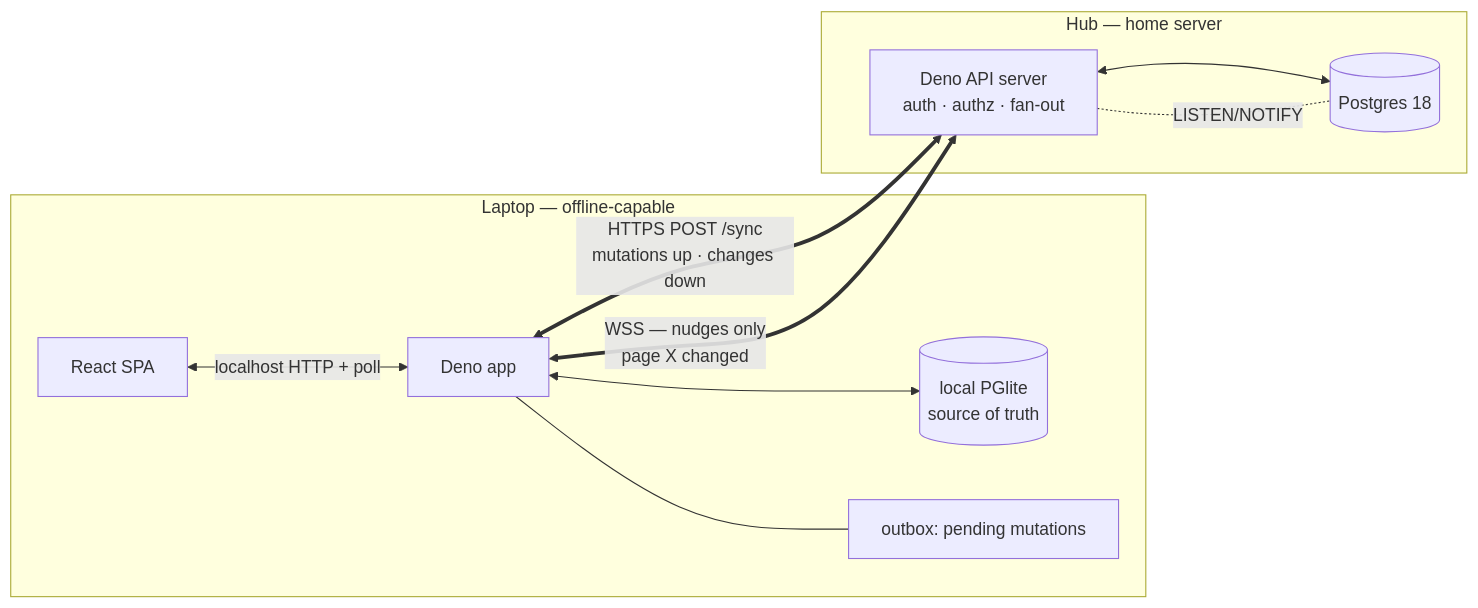
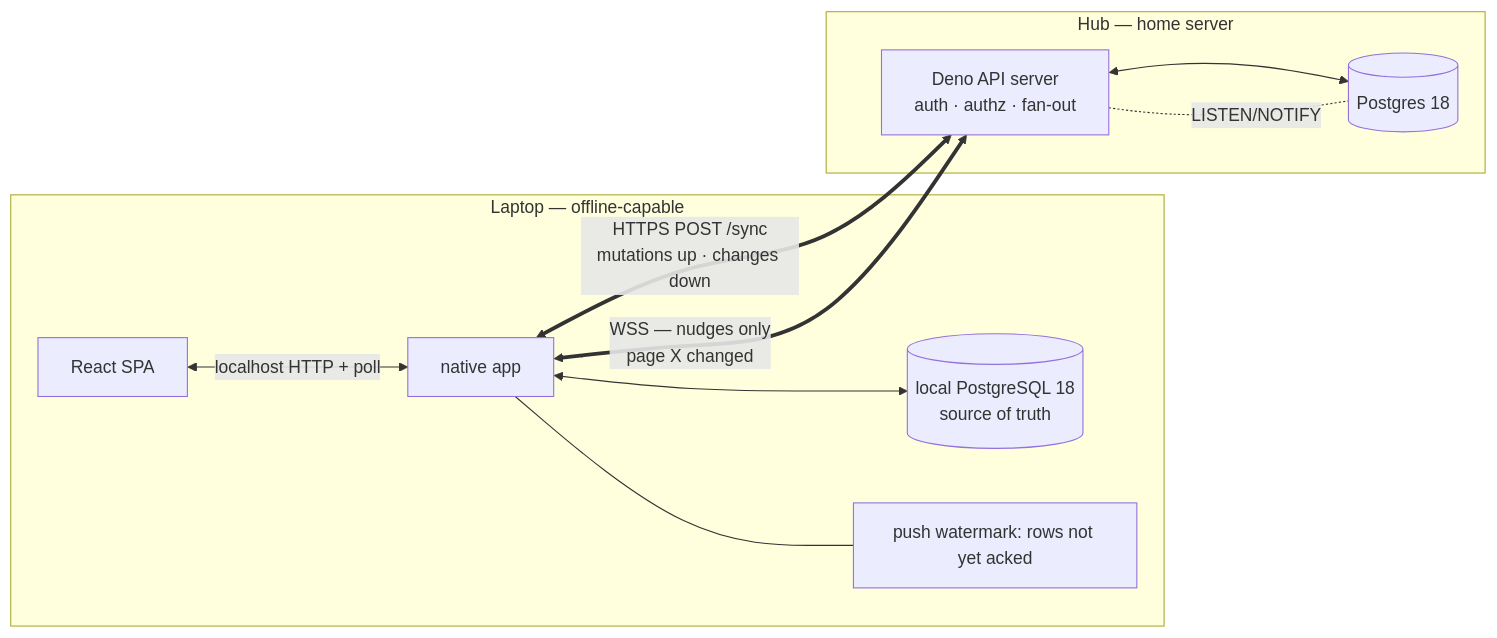
One commit to Andarius/trame changed the diagram in docs-site/src/content/docs/hub-api.md. Above: the diagram before and after it, drawn with Mermaid. The commit also changed other lines of this file and 5 other files, not shown here.

First line of the commit message:
docs: describe the native runtime's sync; drop just reset-local

````diff
--- a/docs-site/src/content/docs/hub-api.md
+++ b/docs-site/src/content/docs/hub-api.md
@@ -79,14 +79,14 @@
 ```mermaid
 flowchart LR
     subgraph laptop [Laptop — offline-capable]
-        ui[React SPA] <-->|localhost HTTP + poll| app[Deno app]
-        app <--> pgl[(local PGlite<br/>source of truth)]
-        app --- outbox[outbox: pending mutations]
+        ui[React SPA] <-->|localhost HTTP + poll| app[native app]
+        app <--> pgl[(local PostgreSQL 18<br/>source of truth)]
+        app --- outbox[push watermark: rows not yet acked]
     end
     subgraph hub [Hub — home server]
         api[Deno API server<br/>auth · authz · fan-out] <--> pg[(Postgres 18)]
         api -. LISTEN/NOTIFY .- pg
     end
     app <==>|HTTPS POST /sync<br/>mutations up · changes down| api
     app <==>|WSS — nudges only<br/>page X changed| api
 ```
````
